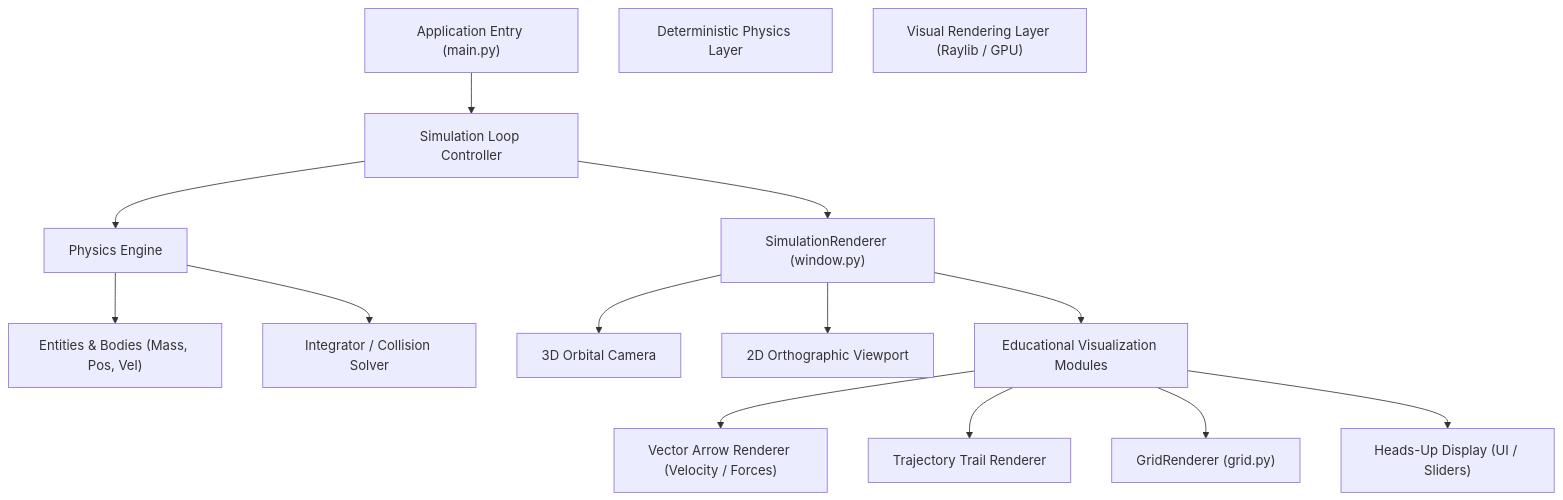
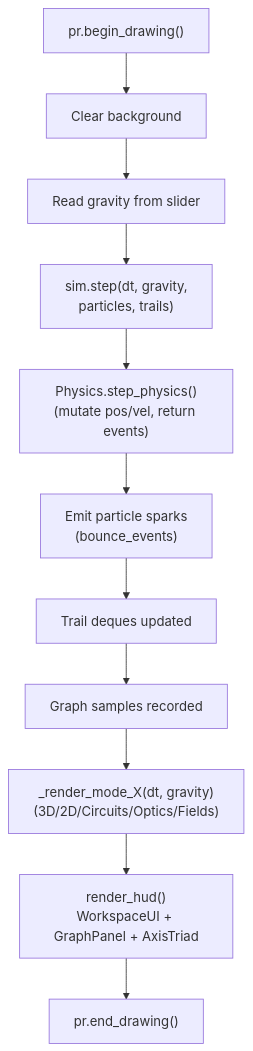
One commit to YusufSemihCan/Physics-Simulator changed the sixth of 6 diagrams in README.md. Above: the diagram before and after it, drawn with Mermaid. The commit also changed other lines of this file and 15 other files, not shown here.

````diff
--- a/README.md
+++ b/README.md
@@ -108,20 +236,14 @@
 ```mermaid
 flowchart TD
-    App["Application Entry (main.py)"] --> SimLoop["Simulation Loop Controller"]
-    
-    subgroup_math["Deterministic Physics Layer"]
-    SimLoop --> PhysEngine["Physics Engine"]
-    PhysEngine --> State["Entities & Bodies (Mass, Pos, Vel)"]
-    PhysEngine --> Solver["Integrator / Collision Solver"]
-    
-    subgroup_render["Visual Rendering Layer (Raylib / GPU)"]
-    SimLoop --> Renderer["SimulationRenderer (window.py)"]
-    Renderer --> Cam3D["3D Orbital Camera"]
-    Renderer --> Cam2D["2D Orthographic Viewport"]
-    
-    Renderer --> VizSubsystem["Educational Visualization Modules"]
-    VizSubsystem --> Vectors["Vector Arrow Renderer (Velocity / Forces)"]
-    VizSubsystem --> Trails["Trajectory Trail Renderer"]
-    VizSubsystem --> Grid["GridRenderer (grid.py)"]
-    VizSubsystem --> HUD["Heads-Up Display (UI / Sliders)"]
+    BF["pr.begin_drawing()"]
+    BF --> CLR["Clear background"]
+    CLR --> GRV["Read gravity from slider"]
+    GRV --> SIM["sim.step(dt, gravity,\n  particles, trails)"]
+    SIM --> PHY["Physics.step_physics()\n(mutate pos/vel, return events)"]
+    PHY --> VFX["Emit particle sparks\n(bounce_events)"]
+    VFX --> TRAILS["Trail deques updated"]
+    TRAILS --> GRAPH["Graph samples recorded"]
+    GRAPH --> DRAW["_render_mode_X(dt, gravity)\n(3D/2D/Circuits/Optics/Fields)"]
+    DRAW --> HUD["render_hud()\nWorkspaceUI + GraphPanel + AxisTriad"]
+    HUD --> EF["pr.end_drawing()"]
 ```
````
